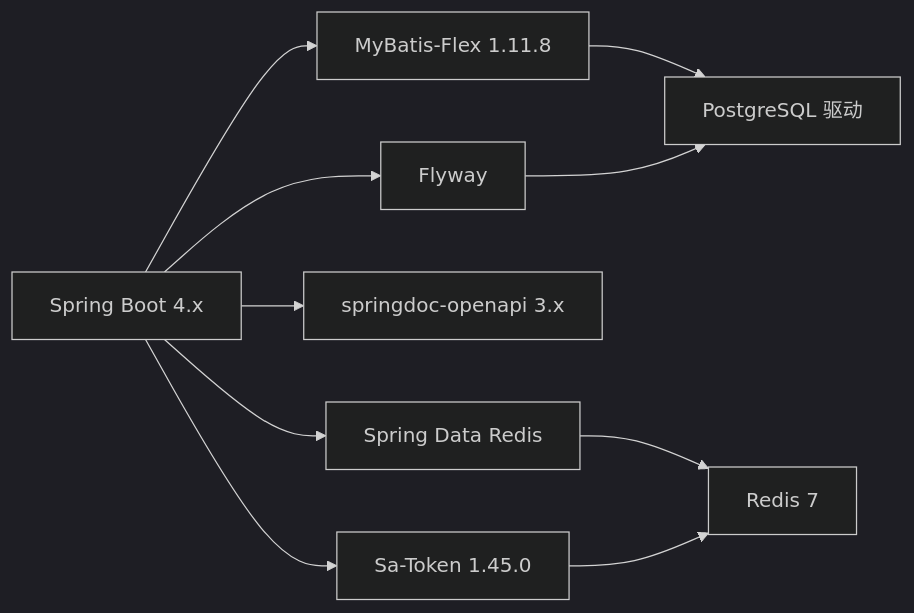
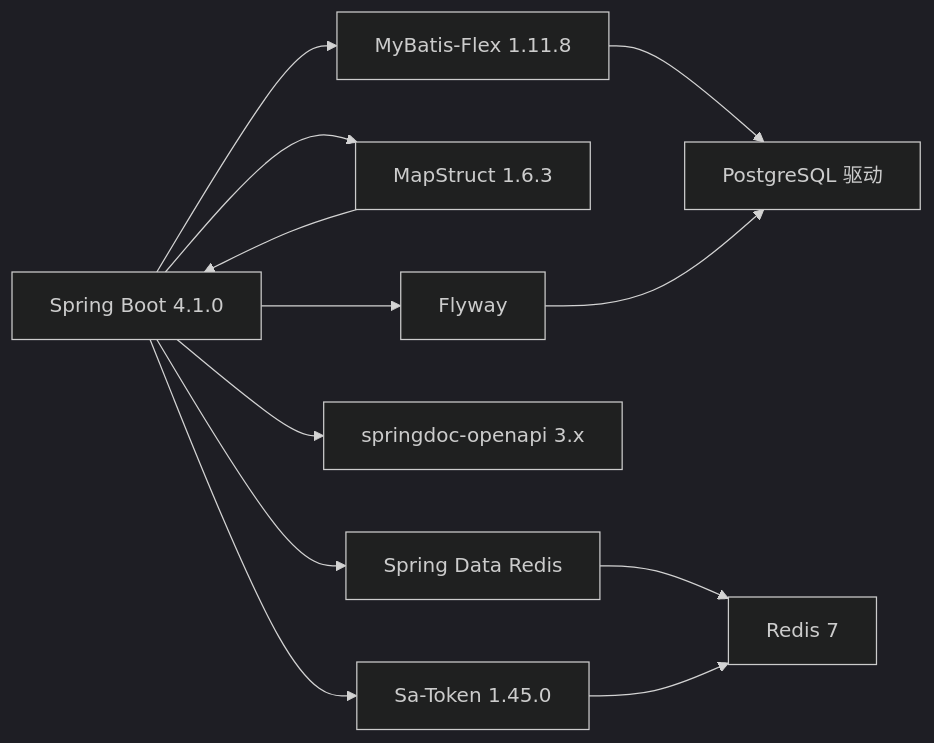
Before and after one commit to sunnaoxixi/spring-ddd-template: the sixth of 6 diagrams in .qoder/repowiki/zh/content/项目概述/技术栈概览.md, drawn with Mermaid (dark theme). The commit also changed other lines of this file and 91 other files, not shown here.

````diff
--- a/.qoder/repowiki/zh/content/项目概述/技术栈概览.md
+++ b/.qoder/repowiki/zh/content/项目概述/技术栈概览.md
@@ -239,12 +299,14 @@
 ```mermaid
 graph LR
-SB["Spring Boot 4.x"] --> MBF["MyBatis-Flex 1.11.8"]
+SB["Spring Boot 4.1.0"] --> MBF["MyBatis-Flex 1.11.8"]
+SB --> MAP["MapStruct 1.6.3"]
 SB --> REDIS["Spring Data Redis"]
 SB --> DOC["springdoc-openapi 3.x"]
 SB --> FLY["Flyway"]
 SB --> SA["Sa-Token 1.45.0"]
 MBF --> PG["PostgreSQL 驱动"]
+MAP --> SB
 REDIS --> RDS["Redis 7"]
 SA --> RDS
 FLY --> PG
 ```
````
